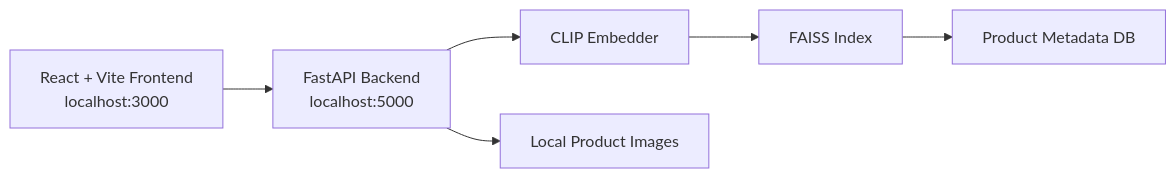
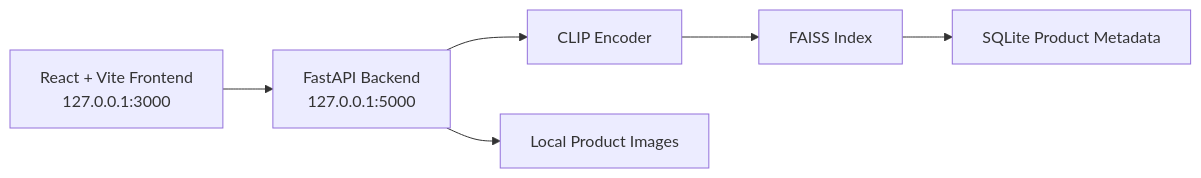
One commit to double-u9/Nova-Vision-Language-Product-Search-Engine changed the diagram in README.md. Above: the diagram before and after it, drawn with Mermaid. The commit also changed other lines of this file and 5 other files, not shown here.

````diff
--- a/README.md
+++ b/README.md
@@ -53,8 +78,8 @@
 ```mermaid
 flowchart LR
-  A["React + Vite Frontend<br/>localhost:3000"] --> B["FastAPI Backend<br/>localhost:5000"]
-  B --> C["CLIP Embedder"]
+  A["React + Vite Frontend<br/>127.0.0.1:3000"] --> B["FastAPI Backend<br/>127.0.0.1:5000"]
+  B --> C["CLIP Encoder"]
   C --> D["FAISS Index"]
-  D --> E["Product Metadata DB"]
+  D --> E["SQLite Product Metadata"]
   B --> F["Local Product Images"]
 ```
````
